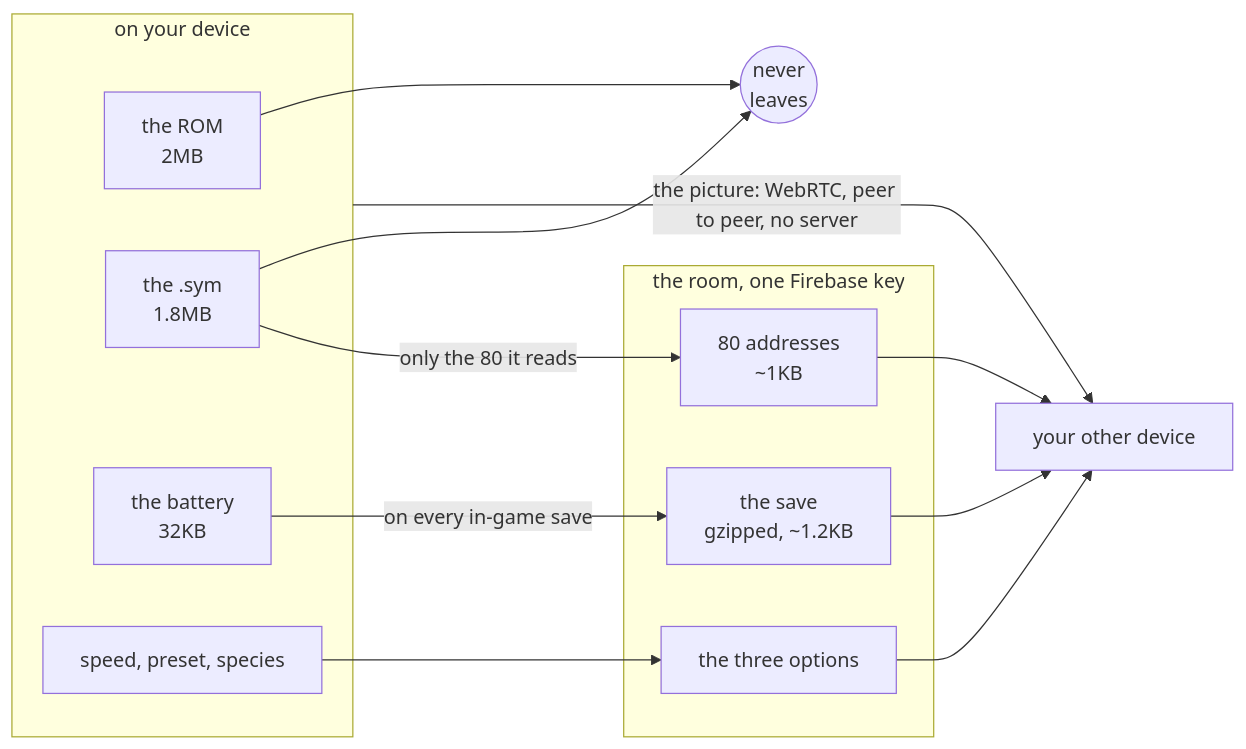
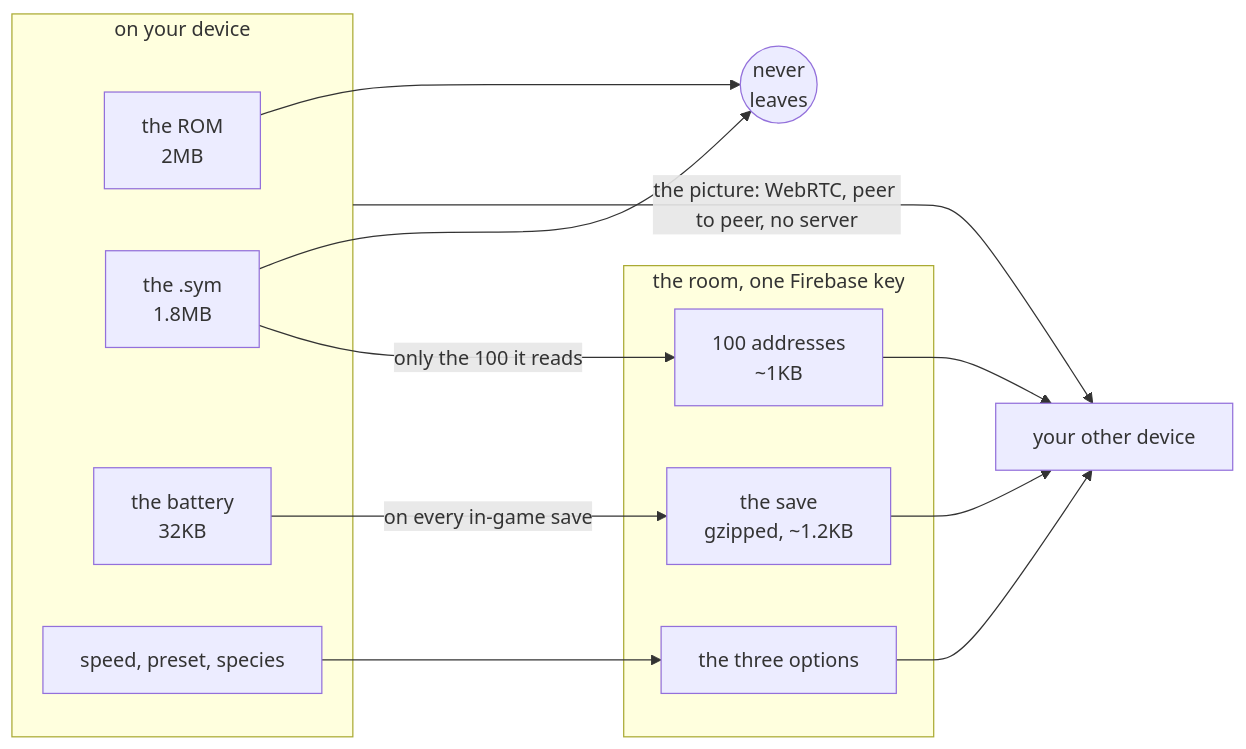
Before and after one commit to minormending/crystal-pilot-mobile: the second of 2 diagrams in docs/DEVICES.md, drawn with Mermaid. The commit also changed other lines of this file and 8 other files, not shown here.

````diff
--- a/docs/DEVICES.md
+++ b/docs/DEVICES.md
@@ -327,25 +327,25 @@
 ```mermaid
 flowchart LR
     subgraph D["on your device"]
         ROM["the ROM<br/>2MB"]
         SYM["the .sym<br/>1.8MB"]
         SAVE["the battery<br/>32KB"]
         OPT["speed, preset, species"]
     end
     STOP(("never<br/>leaves"))
     subgraph R["the room, one Firebase key"]
-        A["80 addresses<br/>~1KB"]
+        A["100 addresses<br/>~1KB"]
         S["the save<br/>gzipped, ~1.2KB"]
         O["the three options"]
     end
     OTHER["your other device"]
     ROM --> STOP
     SYM --> STOP
-    SYM -->|"only the 80 it reads"| A
+    SYM -->|"only the 100 it reads"| A
     SAVE -->|"on every in-game save"| S
     OPT --> O
     A --> OTHER
     S --> OTHER
     O --> OTHER
     D -->|"the picture: WebRTC, peer to peer, no server"| OTHER
 ```
````
